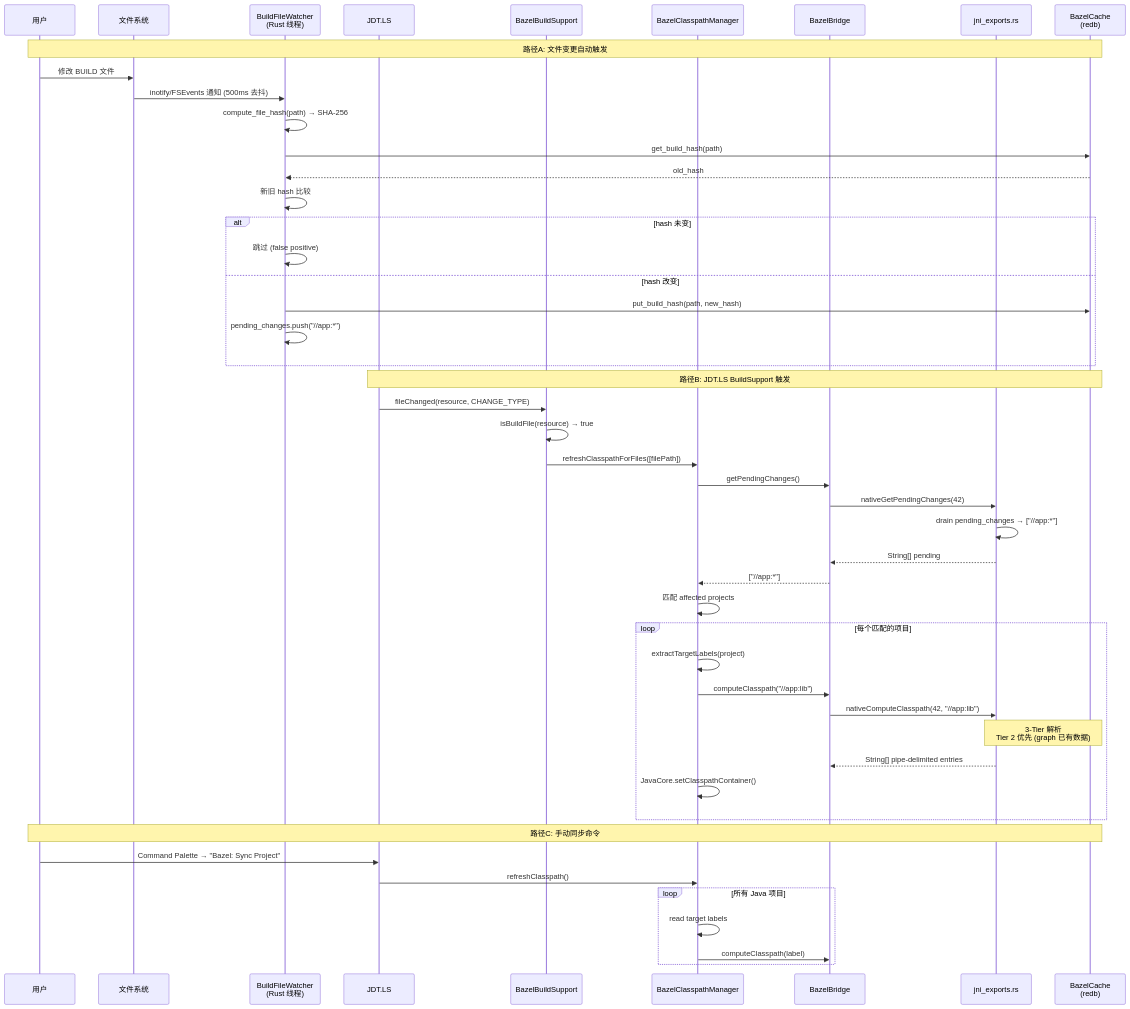
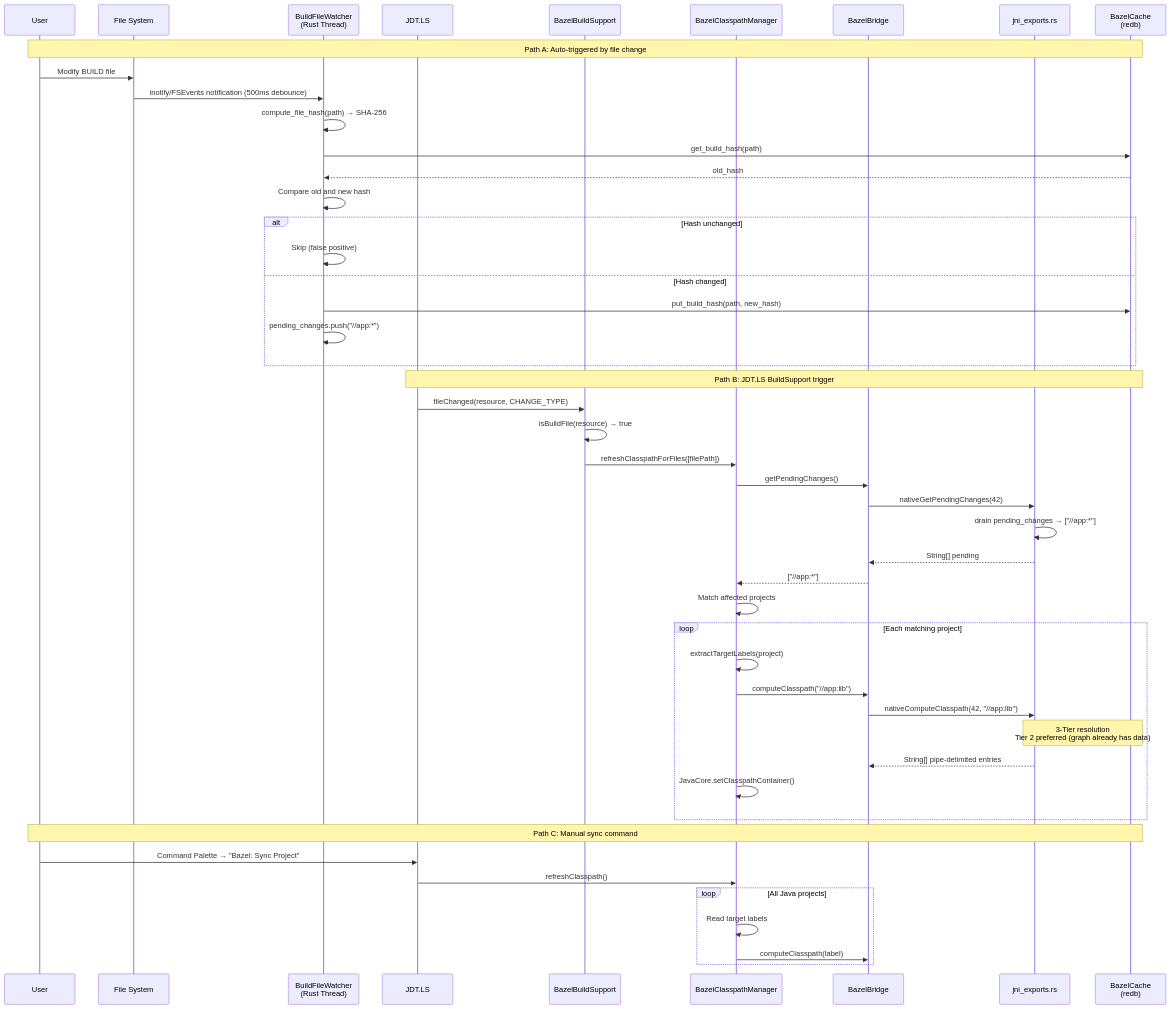
One commit to runchen0919/bazel-vscode-java-bridge changed the third of 9 diagrams in docs/architecture-analysis.md. Above: the diagram before and after it, drawn with Mermaid. The commit also changed other lines of this file and 2 other files, not shown here.

First line of the commit message:
docs: translate technical docs and architecture diagram from Chinese to English

````diff
--- a/docs/architecture-analysis.md
+++ b/docs/architecture-analysis.md
@@ -285,57 +285,57 @@
 ```mermaid
 sequenceDiagram
-    participant User as 用户
-    participant FS as 文件系统
-    participant Watcher as BuildFileWatcher<br/>(Rust 线程)
+    participant User as User
+    participant FS as File System
+    participant Watcher as BuildFileWatcher<br/>(Rust Thread)
     participant JDTLS as JDT.LS
     participant BS as BazelBuildSupport
     participant CPM as BazelClasspathManager
     participant Bridge as BazelBridge
     participant JNI as jni_exports.rs
     participant Cache as BazelCache<br/>(redb)
 
-    Note over User,Cache: 路径A: 文件变更自动触发
+    Note over User,Cache: Path A: Auto-triggered by file change
 
-    User->>FS: 修改 BUILD 文件
-    FS->>Watcher: inotify/FSEvents 通知 (500ms 去抖)
+    User->>FS: Modify BUILD file
+    FS->>Watcher: inotify/FSEvents notification (500ms debounce)
     Watcher->>Watcher: compute_file_hash(path) → SHA-256
     Watcher->>Cache: get_build_hash(path)
     Cache-->>Watcher: old_hash
-    Watcher->>Watcher: 新旧 hash 比较
-    alt hash 未变
-        Watcher->>Watcher: 跳过 (false positive)
-    else hash 改变
+    Watcher->>Watcher: Compare old and new hash
+    alt Hash unchanged
+        Watcher->>Watcher: Skip (false positive)
+    else Hash changed
         Watcher->>Cache: put_build_hash(path, new_hash)
         Watcher->>Watcher: pending_changes.push("//app:*")
     end
 
-    Note over JDTLS,Cache: 路径B: JDT.LS BuildSupport 触发
+    Note over JDTLS,Cache: Path B: JDT.LS BuildSupport trigger
 
     JDTLS->>BS: fileChanged(resource, CHANGE_TYPE)
     BS->>BS: isBuildFile(resource) → true
     BS->>CPM: refreshClasspathForFiles([filePath])
     CPM->>Bridge: getPendingChanges()
     Bridge->>JNI: nativeGetPendingChanges(42)
     JNI->>JNI: drain pending_changes → ["//app:*"]
     JNI-->>Bridge: String[] pending
     Bridge-->>CPM: ["//app:*"]
 
-    CPM->>CPM: 匹配 affected projects
-    loop 每个匹配的项目
+    CPM->>CPM: Match affected projects
+    loop Each matching project
         CPM->>CPM: extractTargetLabels(project)
         CPM->>Bridge: computeClasspath("//app:lib")
         Bridge->>JNI: nativeComputeClasspath(42, "//app:lib")
-        Note over JNI,Cache: 3-Tier 解析<br/>Tier 2 优先 (graph 已有数据)
+        Note over JNI,Cache: 3-Tier resolution<br/>Tier 2 preferred (graph already has data)
         JNI-->>Bridge: String[] pipe-delimited entries
         CPM->>CPM: JavaCore.setClasspathContainer()
     end
 
-    Note over User,Cache: 路径C: 手动同步命令
+    Note over User,Cache: Path C: Manual sync command
 
     User->>JDTLS: Command Palette → "Bazel: Sync Project"
     JDTLS->>CPM: refreshClasspath()
-    loop 所有 Java 项目
-        CPM->>CPM: read target labels
+    loop All Java projects
+        CPM->>CPM: Read target labels
         CPM->>Bridge: computeClasspath(label)
     end
 ```
````
